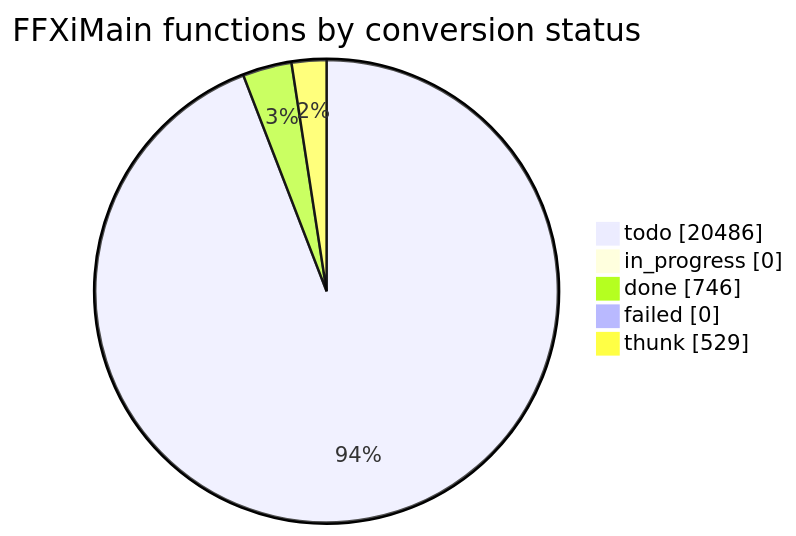
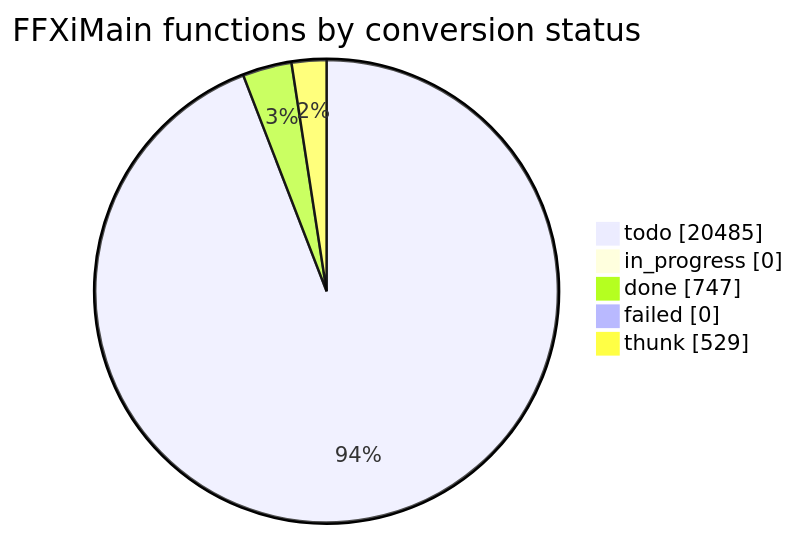
The diagram in docs/cow/STATUS.md (cowrevenge/cow_kuluu_xi_anything), drawn with Mermaid before and after one commit. The commit also changed other lines of this file and 9 other files, not shown here.

````diff
--- a/docs/cow/STATUS.md
+++ b/docs/cow/STATUS.md
@@ -18,9 +18,9 @@
 ```mermaid
 pie showData
     title FFXiMain functions by conversion status
-    "todo" : 20486
+    "todo" : 20485
     "in_progress" : 0
-    "done" : 746
+    "done" : 747
     "failed" : 0
     "thunk" : 529
 ```
````
